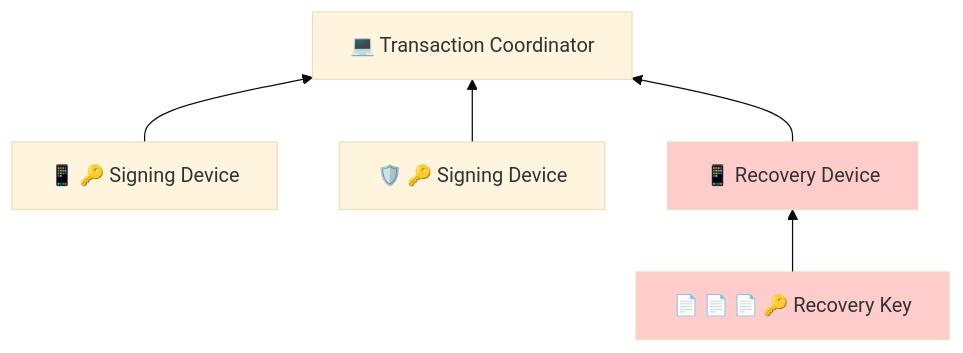
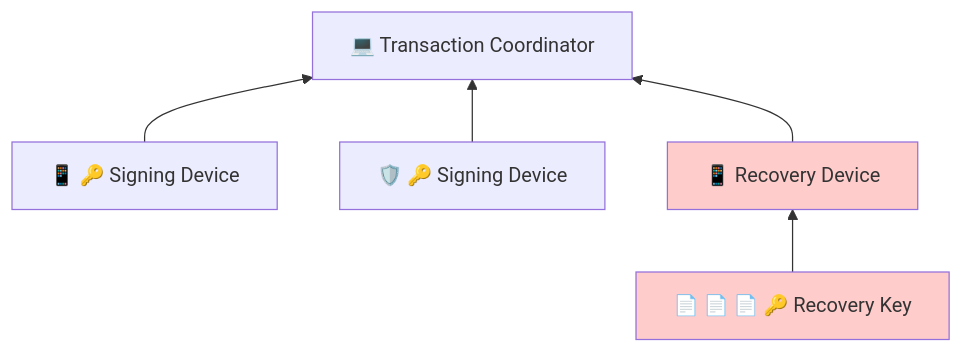
One commit to BlockchainCommons/SmartCustody changed the first of 17 diagrams in Docs/Scenario-Multisig.md. Above: the diagram before and after it, drawn with Mermaid. The commit also changed other lines of this file, not shown here.

````diff
--- a/Docs/Scenario-Multisig.md
+++ b/Docs/Scenario-Multisig.md
@@ -18,16 +18,15 @@
 ```mermaid
-%%{init: {'theme': 'base', 'themeVariables': { 'fontSize': '50'}}}%%
     graph BT;
     A["💻 Transaction Coordinator"]
     B["📱 🔑 Signing Device"]
     C["🛡️ 🔑 Signing Device"]
     D["📱 Recovery Device"]
     E["📄 📄 📄 🔑 Recovery Key"]
     B-->A;
     C-->A;
     D-->A;
     E-->D;
     
 style D fill:#ffcccc;
 style E fill:#ffcccc;
 ```
````
